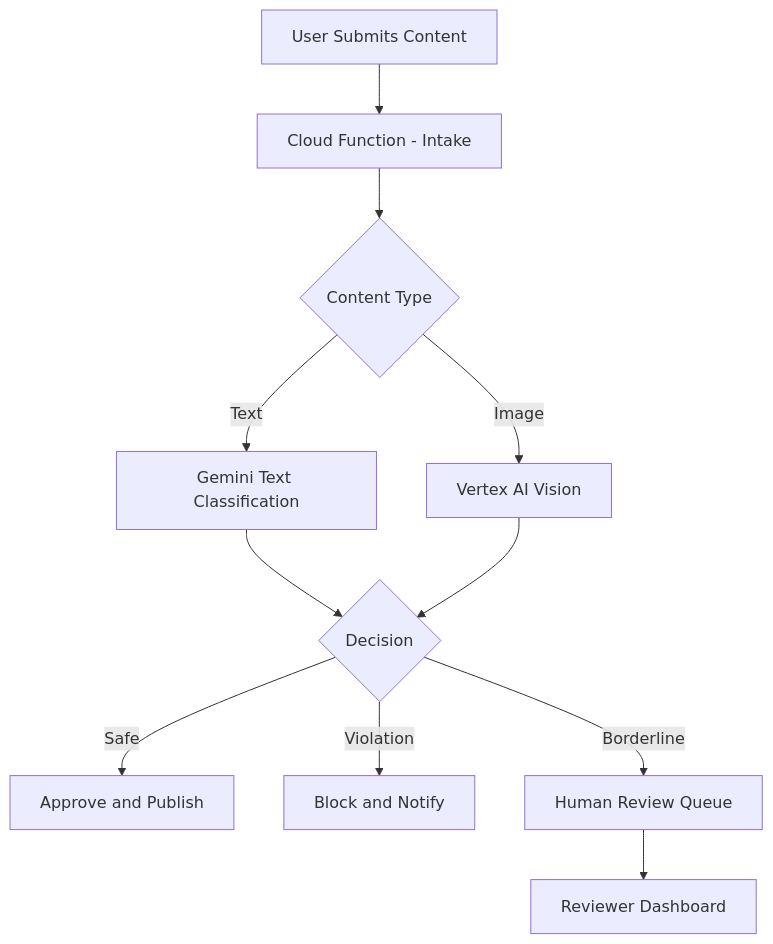
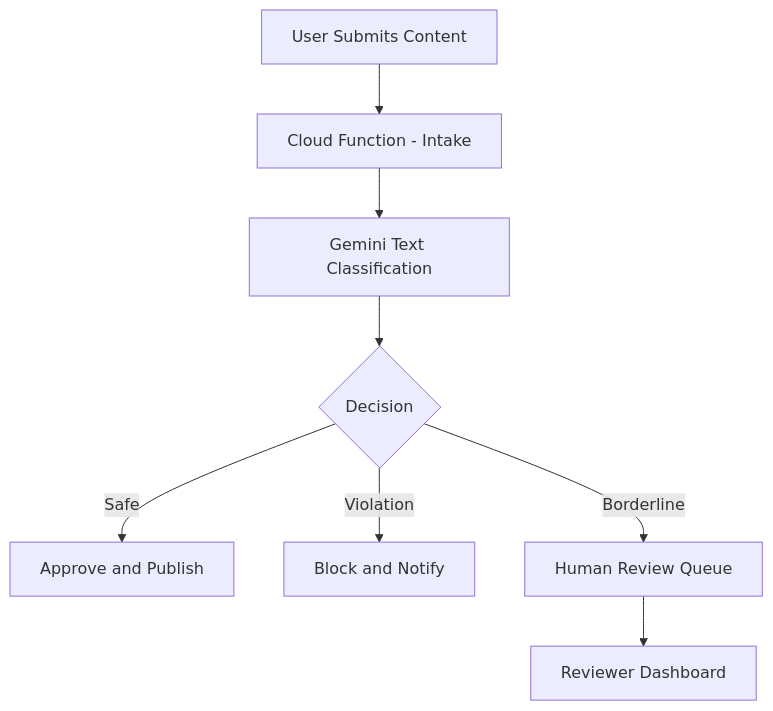
Before and after one commit to OneUptime/blog: the diagram in posts/2026-02-17-how-to-build-a-content-moderation-system-with-vertex-ai-and-cloud-functions/README.md, drawn with Mermaid. The commit also changed other lines of this file and 2 other files, not shown here.

Commit message:
validate: 2026-02-17-how-to-build-a-content-moderation-system-with-vertex-ai-and-cloud-functions

````diff
--- a/posts/2026-02-17-how-to-build-a-content-moderation-system-with-vertex-ai-and-cloud-functions/README.md
+++ b/posts/2026-02-17-how-to-build-a-content-moderation-system-with-vertex-ai-and-cloud-functions/README.md
@@ -17,13 +17,10 @@
 ```mermaid
 graph TD
     A[User Submits Content] --> B[Cloud Function - Intake]
-    B --> C{Content Type}
-    C -->|Text| D[Gemini Text Classification]
-    C -->|Image| E[Vertex AI Vision]
+    B --> D[Gemini Text Classification]
     D --> F{Decision}
-    E --> F
     F -->|Safe| G[Approve and Publish]
     F -->|Violation| H[Block and Notify]
     F -->|Borderline| I[Human Review Queue]
     I --> J[Reviewer Dashboard]
 ```
````
